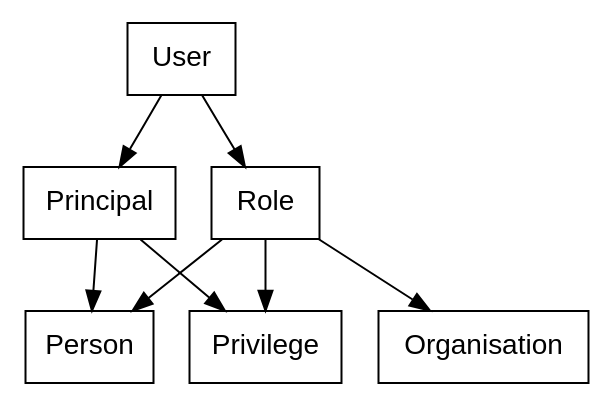
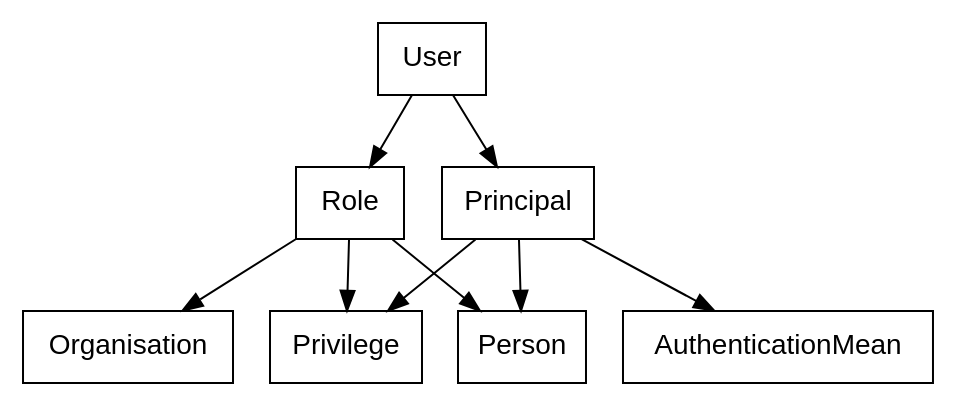
One commit to blaulaub/jback changed the diagram in jback-sec-model/graphviz/classes.dot. Above: the diagram before and after it, drawn with Graphviz. The commit also changed 11 other files, not shown here.

Commit message:
pull AuthenticationMean (down) into the security model

```diff
--- a/jback-sec-model/graphviz/classes.dot
+++ b/jback-sec-model/graphviz/classes.dot
@@ -1,12 +1,13 @@
 digraph G {
 
   node [ shape="box", fontname="helvetica" ];
 
   "User" -> "Principal";
   "User" -> "Role";
   "Principal" -> "Privilege";
   "Principal" -> "Person";
+  "Principal" -> "AuthenticationMean";
   "Role" -> "Person";
   "Role" -> "Organisation";
   "Role" -> "Privilege";
 }
```
